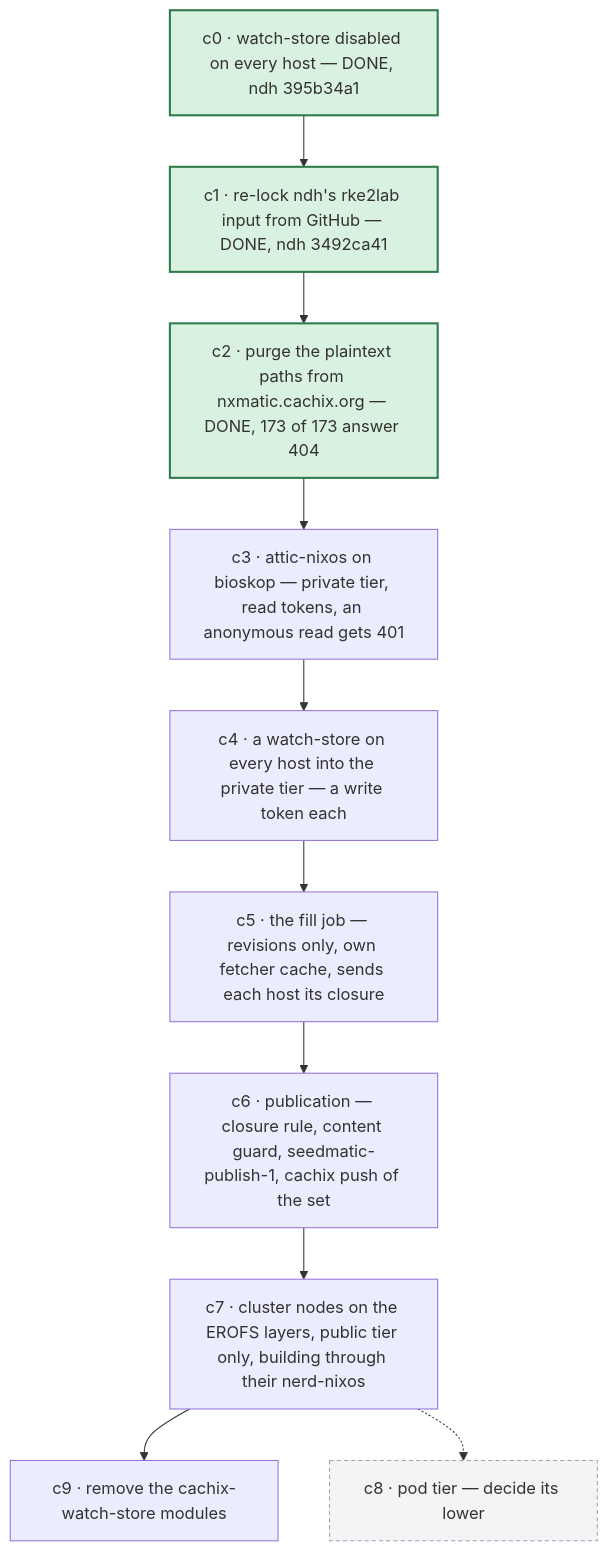
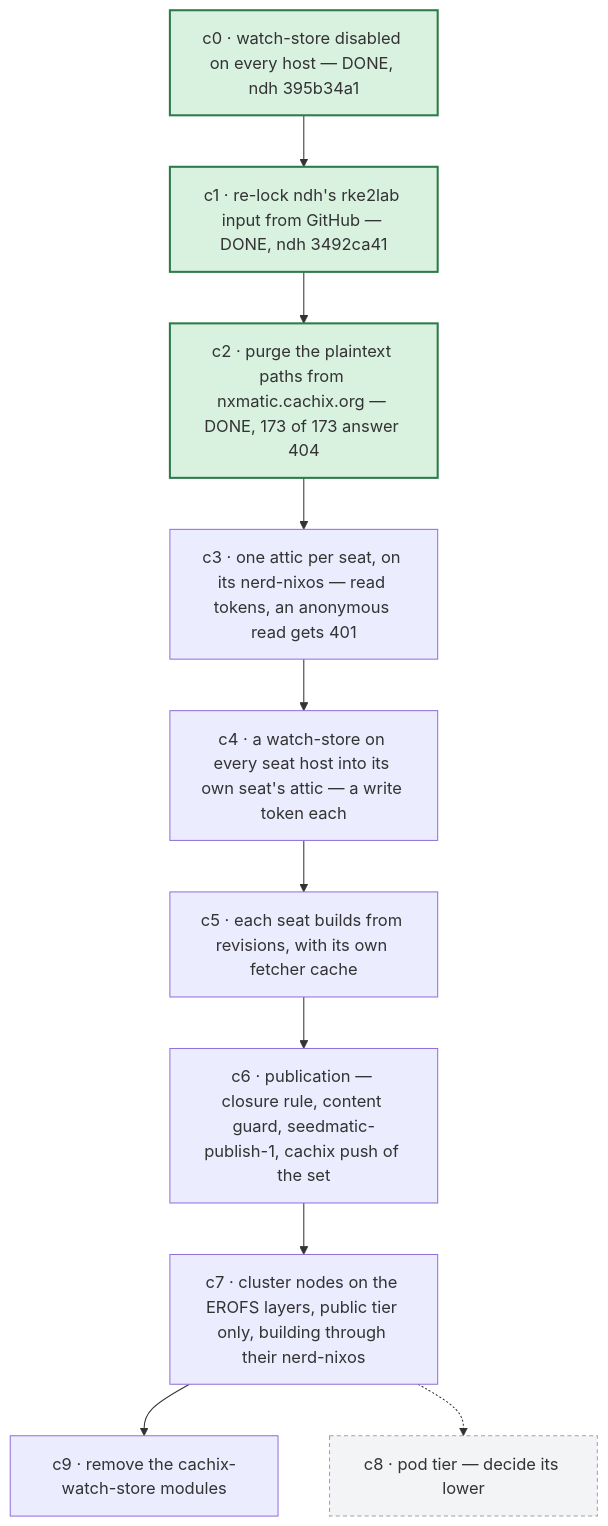
One commit to seedmatic/rke2lab changed the eighth of 8 diagrams in docs/architecture/atlas/fabric-control-plane.adoc. Above: the diagram before and after it, drawn with Mermaid. The commit also changed other lines of this file, not shown here.

First line of the commit message:
docs(atlas): the private binary cache becomes one attic per seat

```diff
--- a/docs/architecture/atlas/fabric-control-plane.adoc
+++ b/docs/architecture/atlas/fabric-control-plane.adoc
@@ -531,19 +535,19 @@
 [mermaid]
 ....
 flowchart TB
   c0["c0 · watch-store disabled on every host — DONE, ndh 395b34a1"]:::done
   c1["c1 · re-lock ndh's rke2lab input from GitHub — DONE, ndh 3492ca41"]:::done
   c2["c2 · purge the plaintext paths from nxmatic.cachix.org — DONE, 173 of 173 answer 404"]:::done
-  c3["c3 · attic-nixos on bioskop — private tier, read tokens, an anonymous read gets 401"]
-  c4["c4 · a watch-store on every host into the private tier — a write token each"]
-  c5["c5 · the fill job — revisions only, own fetcher cache, sends each host its closure"]
+  c3["c3 · one attic per seat, on its nerd-nixos — read tokens, an anonymous read gets 401"]
+  c4["c4 · a watch-store on every seat host into its own seat's attic — a write token each"]
+  c5["c5 · each seat builds from revisions, with its own fetcher cache"]
   c6["c6 · publication — closure rule, content guard, seedmatic-publish-1, cachix push of the set"]
   c7["c7 · cluster nodes on the EROFS layers, public tier only, building through their nerd-nixos"]
   c8["c8 · pod tier — decide its lower"]:::later
   c9["c9 · remove the cachix-watch-store modules"]
   c0 --> c1 --> c2 --> c3 --> c4 --> c5 --> c6 --> c7 --> c9
   c7 -.-> c8
 
   classDef done fill:#d9f2e0,stroke:#2d7a4b,stroke-width:2px;
   classDef later fill:#f3f4f6,stroke:#9ca3af,stroke-dasharray:4 3;
 ....
```
